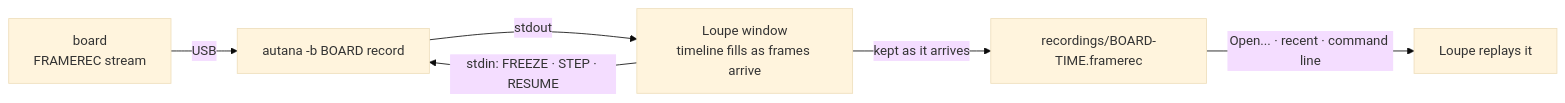
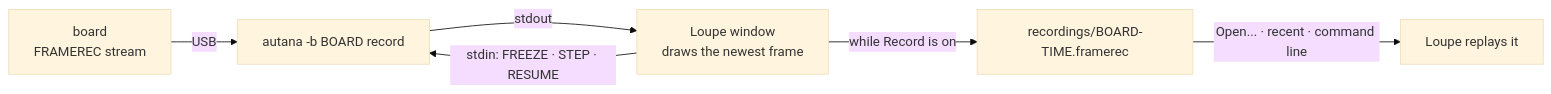
The third of 3 diagrams in README.md (jose-villegas/loupe), drawn with Mermaid (base theme) before and after one commit. The commit also changed other lines of this file and 13 other files, not shown here.

Commit message:
View a board shows it live: each tick draws the newest frame, skipping a backlog; Record toggles saving from the next keyframe (StreamSaver); one line says Live: BOARD, and · recording NAME while saving; Recording becomes BoardLink, which no longer saves (i5djy.12)

````diff
--- a/README.md
+++ b/README.md
@@ -213,8 +213,8 @@
 ```mermaid
 flowchart LR
   board["board<br/>FRAMEREC stream"] -- USB --> rec["autana -b BOARD record"]
-  rec -- "stdout" --> loupe["Loupe window<br/>timeline fills as frames arrive"]
+  rec -- "stdout" --> loupe["Loupe window<br/>draws the newest frame"]
   loupe -- "stdin: FREEZE · STEP · RESUME" --> rec
-  loupe -- "kept as it arrives" --> file["recordings/BOARD-TIME.framerec"]
+  loupe -- "while Record is on" --> file["recordings/BOARD-TIME.framerec"]
   file -- "Open... · recent · command line" --> replay["Loupe replays it"]
 ```
````
